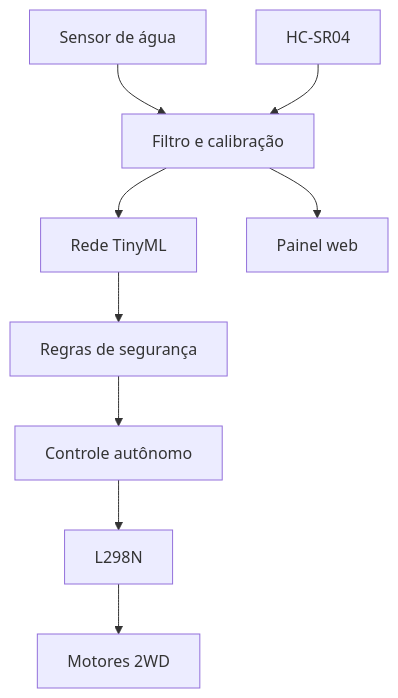
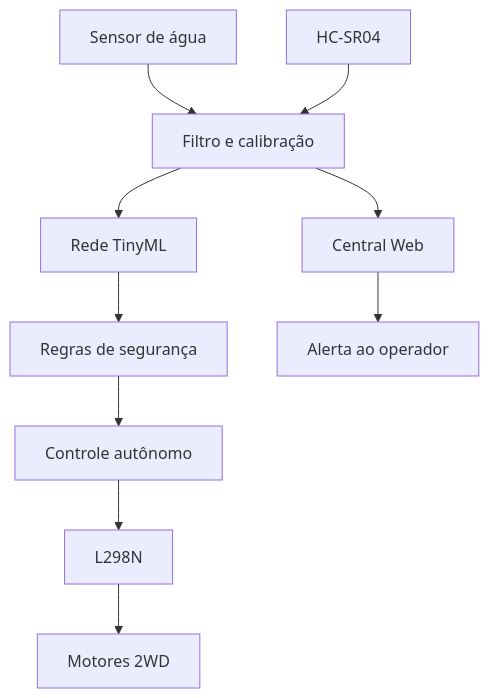
Before and after one commit to GabrielMachadoCP/ProjetoCarrinho: the diagram in hardware/arquitetura.md, drawn with Mermaid. The commit also changed other lines of this file and 13 other files, not shown here.

Commit message:
feat: adicionar Central Web com alerta de agua

````diff
--- a/hardware/arquitetura.md
+++ b/hardware/arquitetura.md
@@ -7,11 +7,12 @@
 ```mermaid
 flowchart TD
     W["Sensor de água"] --> P["Filtro e calibração"]
     U["HC-SR04"] --> P
     P --> M["Rede TinyML"]
     M --> S["Regras de segurança"]
     S --> C["Controle autônomo"]
     C --> L["L298N"]
     L --> R["Motores 2WD"]
-    P --> D["Painel web"]
+    P --> D["Central Web"]
+    D --> A["Alerta ao operador"]
 ```
````
